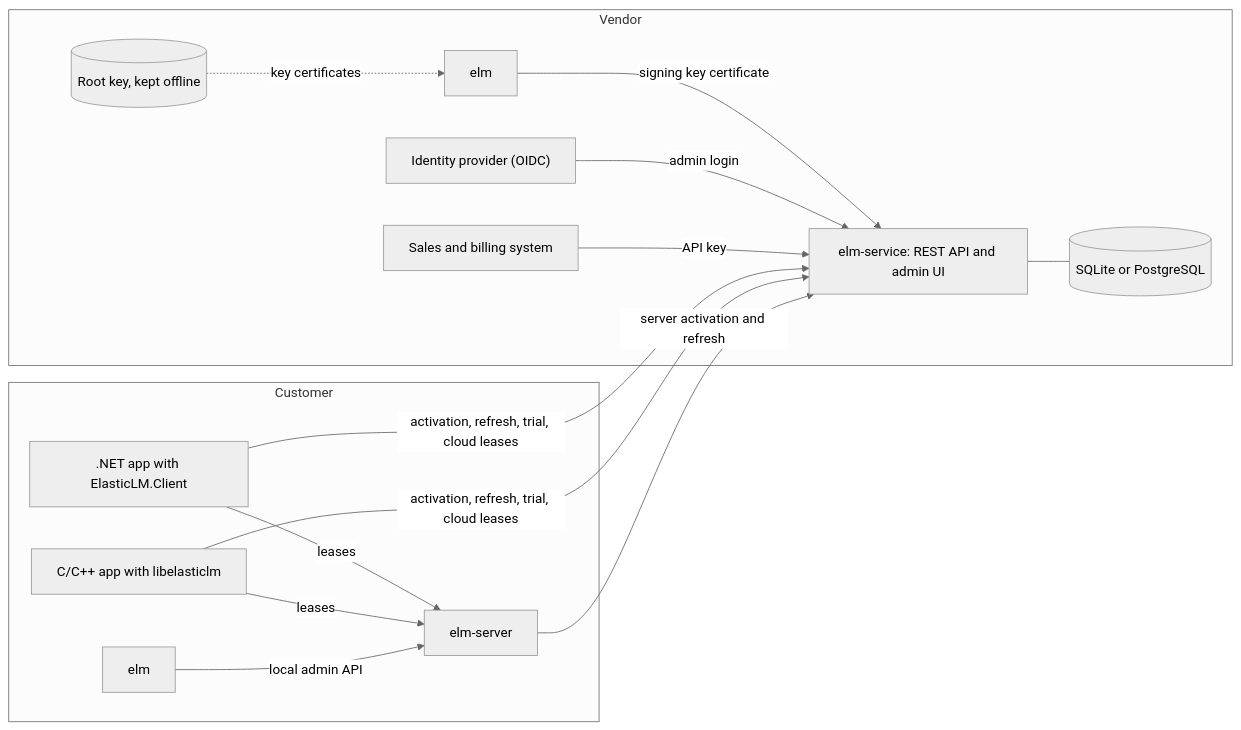
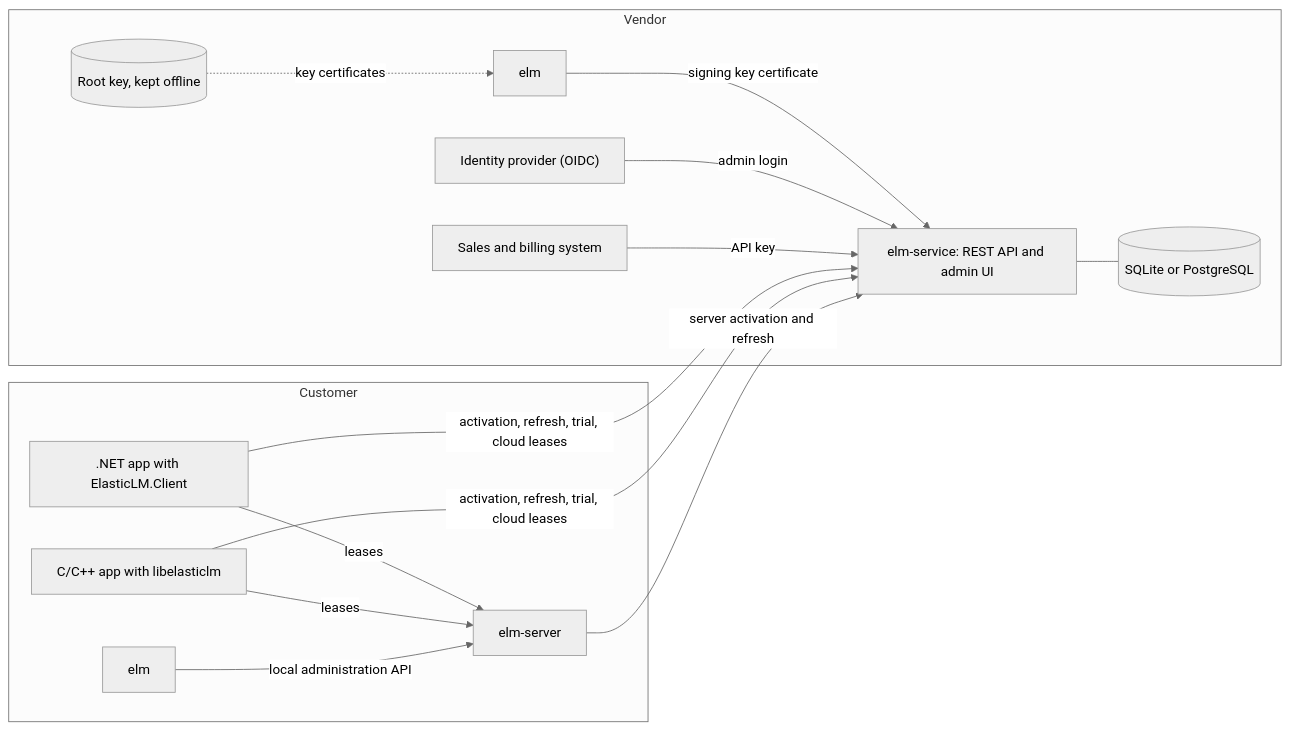
The first of 2 diagrams in docs/guide/explanation/overview.md (YUKIKEDA/ElasticLM), drawn with Mermaid (neutral theme) before and after one commit. The commit also changed other lines of this file and 24 other files, not shown here.

````diff
--- a/docs/guide/explanation/overview.md
+++ b/docs/guide/explanation/overview.md
@@ -73,28 +73,28 @@
 ```mermaid
 flowchart LR
     subgraph Vendor["Vendor"]
         Root[("Root key, kept offline")]
         CLI1["elm"]
         Svc["elm-service: REST API and admin UI"]
         DB[("SQLite or PostgreSQL")]
         IdP["Identity provider (OIDC)"]
         Billing["Sales and billing system"]
     end
     subgraph Customer["Customer"]
         Srv["elm-server"]
         App1[".NET app with ElasticLM.Client"]
         App2["C/C++ app with libelasticlm"]
         CLI2["elm"]
     end
     Root -. "key certificates" .-> CLI1
     CLI1 -- "signing key certificate" --> Svc
     Svc --- DB
     IdP -- "admin login" --> Svc
     Billing -- "API key" --> Svc
     App1 -- "activation, refresh, trial, cloud leases" --> Svc
     App2 -- "activation, refresh, trial, cloud leases" --> Svc
     Srv -- "server activation and refresh" --> Svc
     App1 -- "leases" --> Srv
     App2 -- "leases" --> Srv
-    CLI2 -- "local admin API" --> Srv
+    CLI2 -- "local administration API" --> Srv
 ```
````
